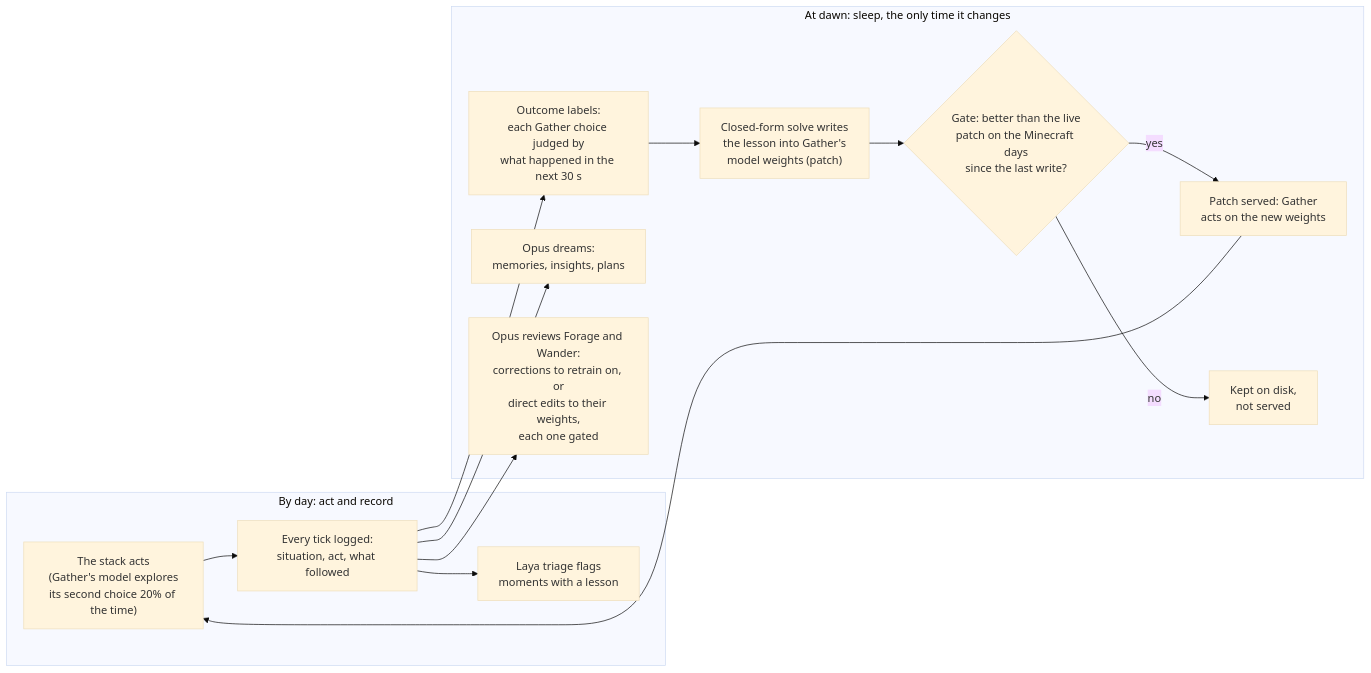
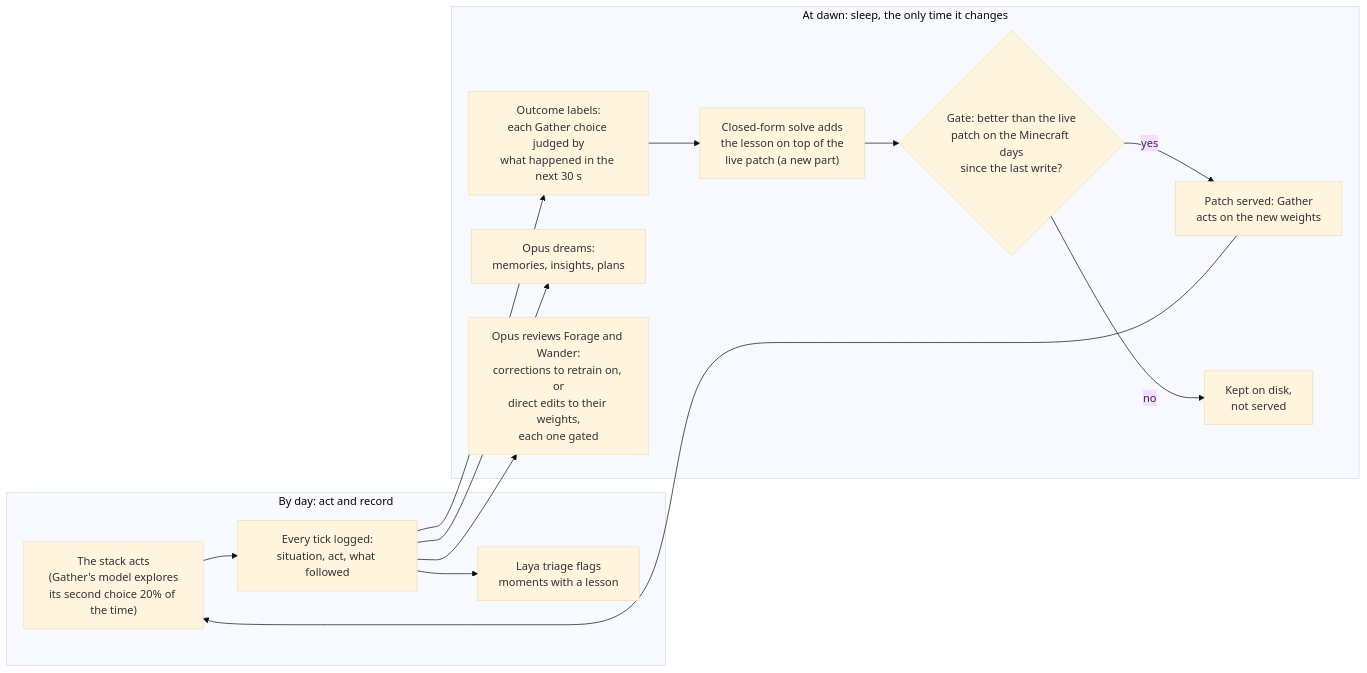
One commit to Polarbear314/minecraft-mind changed the diagram in docs/learning-model.md. Above: the diagram before and after it, drawn with Mermaid (base theme). The commit also changed other lines of this file and 2 other files, not shown here.

First line of the commit message:
Nightly weight write builds on the live patch: lessons accumulate

````diff
--- a/docs/learning-model.md
+++ b/docs/learning-model.md
@@ -17,19 +17,19 @@
 ```mermaid
 flowchart LR
     subgraph DAY["By day: act and record"]
         A["The stack acts<br/>(Gather's model explores<br/>its second choice 20% of the time)"] --> B["Every tick logged:<br/>situation, act, what followed"]
         B --> C["Laya triage flags<br/>moments with a lesson"]
     end
     subgraph NIGHT["At dawn: sleep, the only time it changes"]
-        D["Outcome labels:<br/>each Gather choice judged by<br/>what happened in the next 30 s"] --> E["Closed-form solve writes<br/>the lesson into Gather's<br/>model weights (patch)"]
+        D["Outcome labels:<br/>each Gather choice judged by<br/>what happened in the next 30 s"] --> E["Closed-form solve adds<br/>the lesson on top of the<br/>live patch (a new part)"]
         E --> F{"Gate: better than the live<br/>patch on the Minecraft days<br/>since the last write?"}
         F -->|yes| G["Patch served: Gather<br/>acts on the new weights"]
         F -->|no| H["Kept on disk,<br/>not served"]
         I["Opus dreams:<br/>memories, insights, plans"]
         J["Opus reviews Forage and Wander:<br/>corrections to retrain on, or<br/>direct edits to their weights,<br/>each one gated"]
     end
     B --> D
     B --> I
     B --> J
     G --> A
 ```
````
